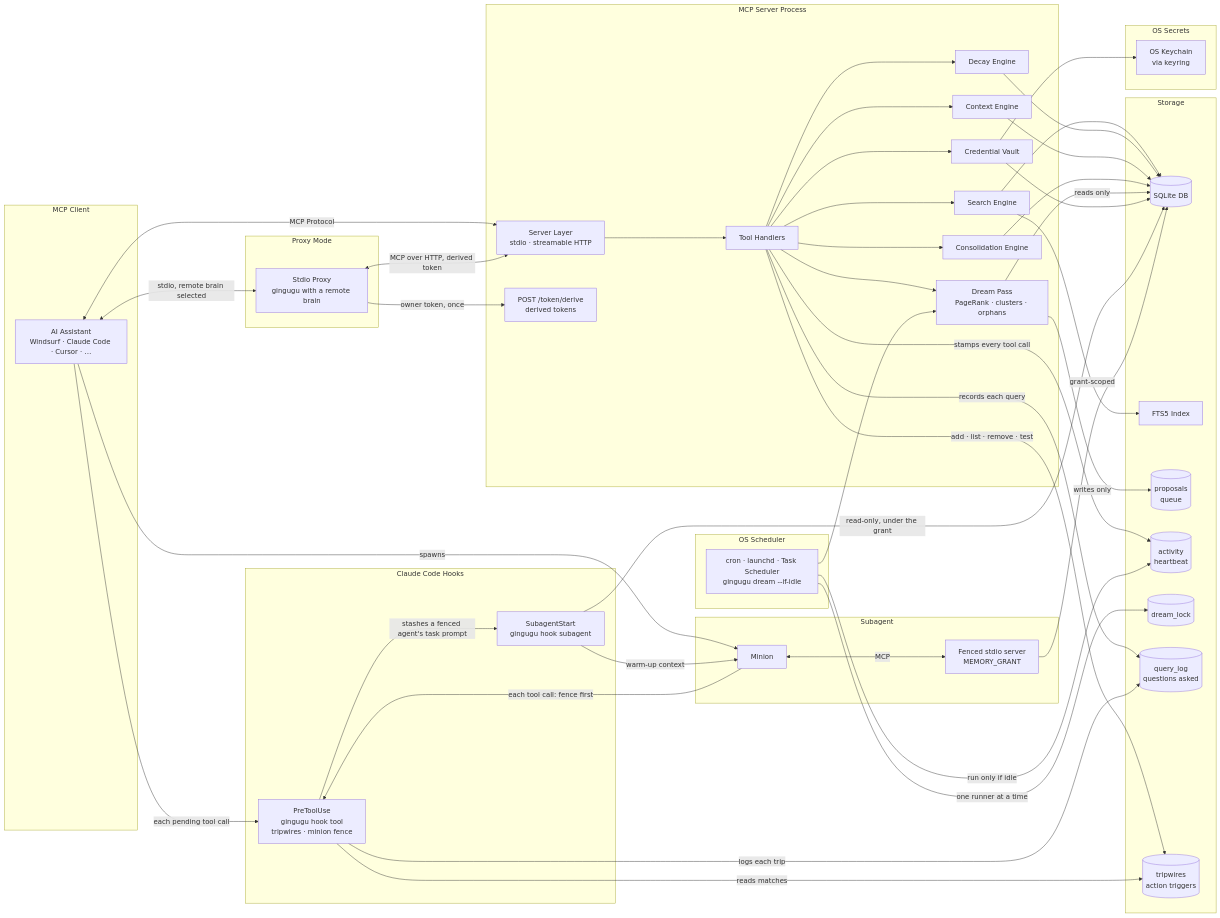
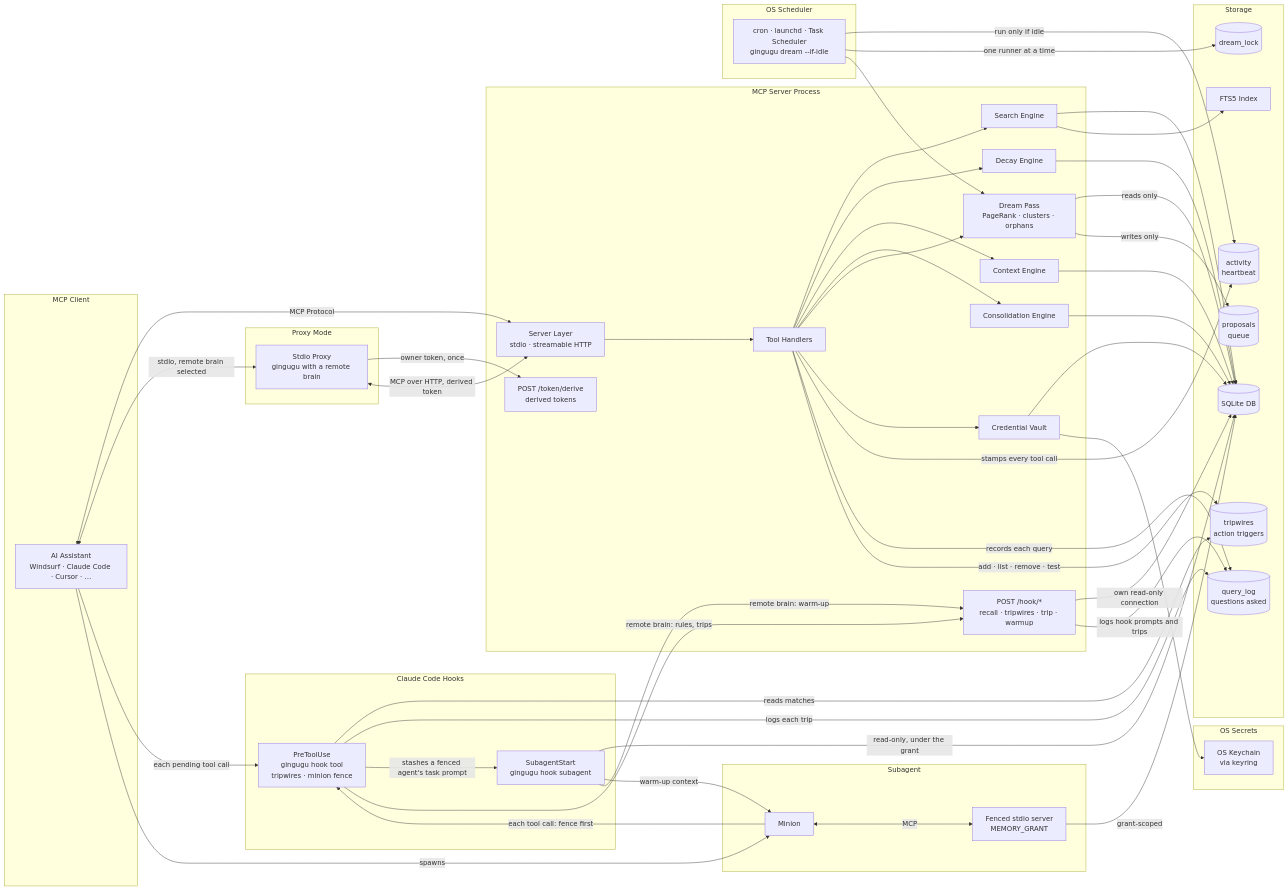
Before and after one commit to gingugu/gingugu: the diagram in docs/architecture.md, drawn with Mermaid. The commit also changed other lines of this file and 6 other files, not shown here.

First line of the commit message:
docs: remote-mode hooks across README, CHANGELOG, architecture and .ai/; board row 11

```diff
--- a/docs/architecture.md
+++ b/docs/architecture.md
@@ -38,6 +42,7 @@
     subgraph MCP Server Process
         B[Server Layer<br/>stdio · streamable HTTP]
         V[POST /token/derive<br/>derived tokens]
+        U[POST /hook/*<br/>recall · tripwires · trip · warmup]
         C[Tool Handlers]
         D[Search Engine]
         E[Decay Engine]
@@ -108,6 +113,10 @@
     M <-->|MCP| N
     N -->|grant-scoped| H
     M -->|each tool call: fence first| Y
+    Y -->|remote brain: rules, trips| U
+    Z -->|remote brain: warm-up| U
+    U -->|own read-only connection| H
+    U -->|logs hook prompts and trips| T
     S -->|run only if idle| Q
     S -->|one runner at a time| R
     S --> L
```
